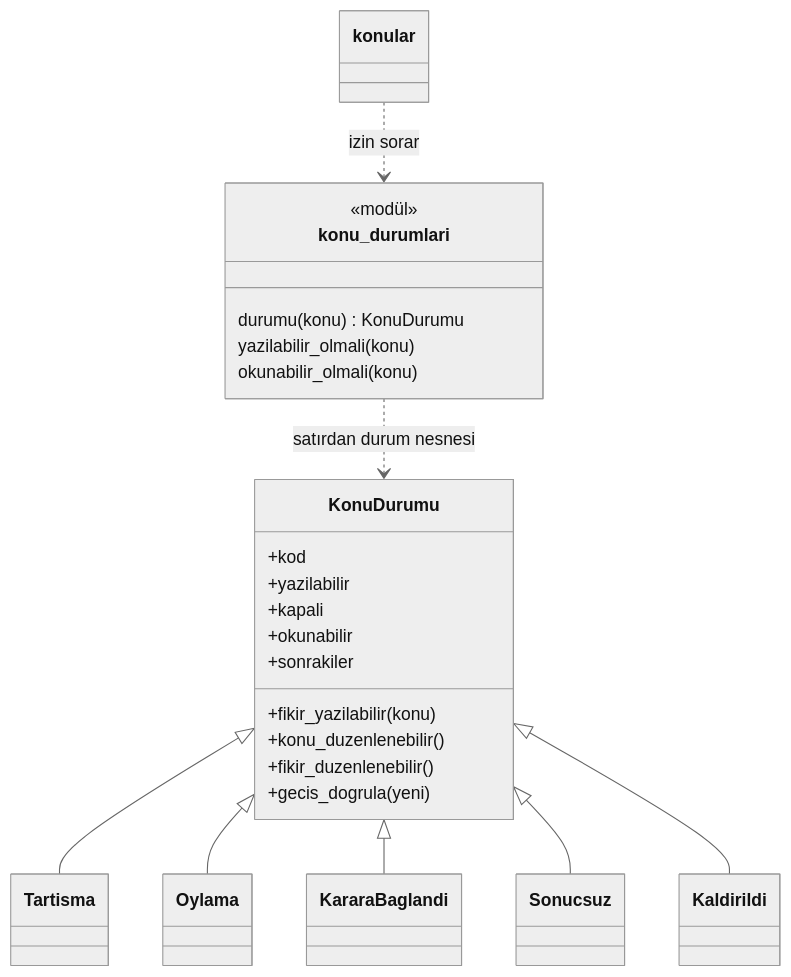
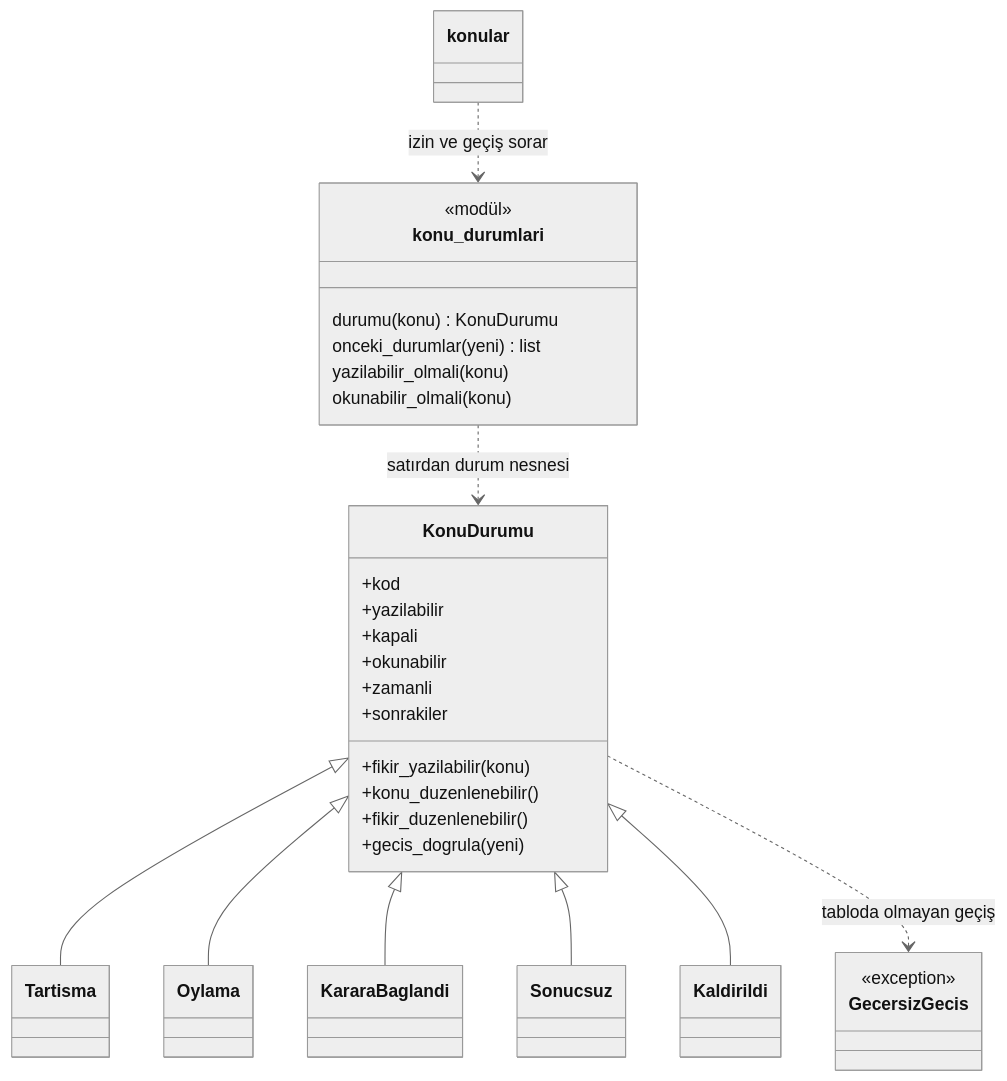
The seventh of 14 diagrams in docs/tasarim.md (Baki-B/YZM327-Odevler), drawn with Mermaid (neutral theme) before and after one commit. The commit also changed other lines of this file and 4 other files, not shown here.

````diff
--- a/docs/tasarim.md
+++ b/docs/tasarim.md
@@ -276,27 +276,33 @@
 ```mermaid
 classDiagram
   class KonuDurumu {
     +kod
     +yazilabilir
     +kapali
     +okunabilir
+    +zamanli
     +sonrakiler
     +fikir_yazilabilir(konu)
     +konu_duzenlenebilir()
     +fikir_duzenlenebilir()
     +gecis_dogrula(yeni)
   }
   KonuDurumu <|-- Tartisma
   KonuDurumu <|-- Oylama
   KonuDurumu <|-- KararaBaglandi
   KonuDurumu <|-- Sonucsuz
   KonuDurumu <|-- Kaldirildi
   class konu_durumlari {
     <<modül>>
     durumu(konu) KonuDurumu
+    onceki_durumlar(yeni) list
     yazilabilir_olmali(konu)
     okunabilir_olmali(konu)
   }
+  class GecersizGecis {
+    <<exception>>
+  }
   konu_durumlari ..> KonuDurumu : satırdan durum nesnesi
-  konular ..> konu_durumlari : izin sorar
+  KonuDurumu ..> GecersizGecis : tabloda olmayan geçiş
+  konular ..> konu_durumlari : izin ve geçiş sorar
 ```
````
